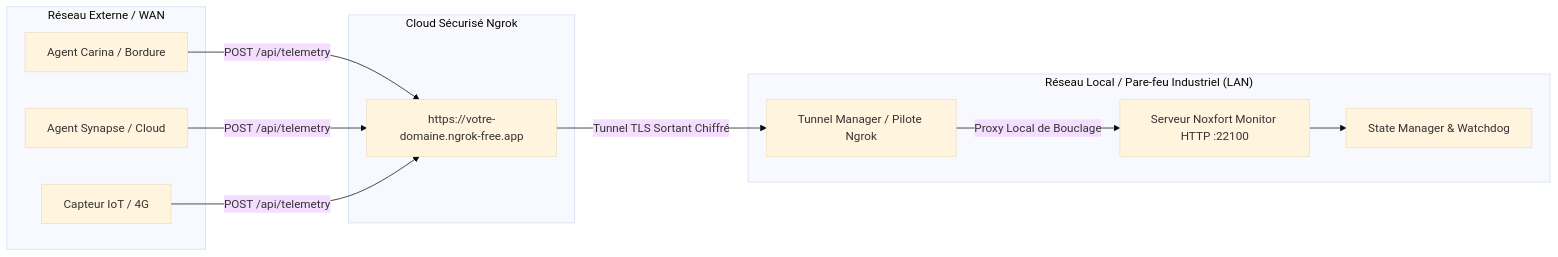
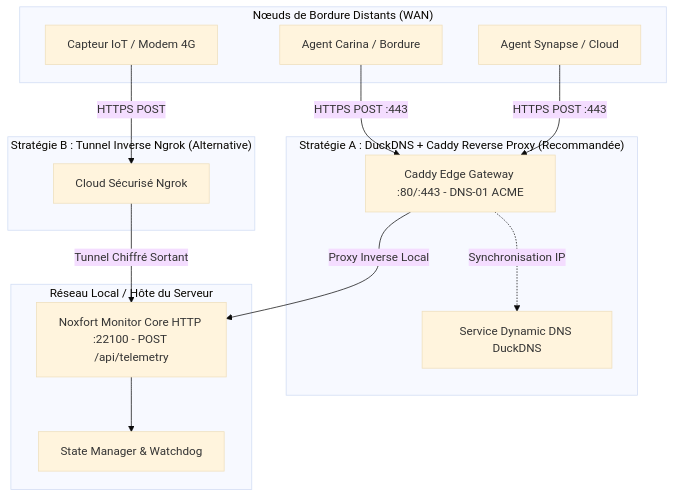
One commit to Noxfort-Systems-Brazil/MONITOR changed the diagram in docs/fr/remote_access.md. Above: the diagram before and after it, drawn with Mermaid (base theme). The commit also changed other lines of this file and 104 other files, not shown here.

````diff
--- a/docs/fr/remote_access.md
+++ b/docs/fr/remote_access.md
@@ -13,26 +13,31 @@
 ```mermaid
-graph LR
-    subgraph "Réseau Externe / WAN"
+graph TD
+    subgraph "Nœuds de Bordure Distants (WAN)"
         Carina[Agent Carina / Bordure]
         Synapse[Agent Synapse / Cloud]
-        Sensor[Capteur IoT / 4G]
+        Sensor[Capteur IoT / Modem 4G]
     end
 
-    subgraph "Cloud Sécurisé Ngrok"
-        EdgeURL[https://votre-domaine.ngrok-free.app]
+    subgraph "Stratégie A : DuckDNS + Caddy Reverse Proxy (Recommandée)"
+        DuckDNS[Service Dynamic DNS DuckDNS]
+        Caddy[Caddy Edge Gateway :80/:443 - DNS-01 ACME]
     end
 
-    subgraph "Réseau Local / Pare-feu Industriel (LAN)"
-        TunnelManager[Tunnel Manager / Pilote Ngrok]
-        MonitorServer[Serveur Noxfort Monitor HTTP :22100]
+    subgraph "Stratégie B : Tunnel Inverse Ngrok (Alternative)"
+        NgrokEdge[Cloud Sécurisé Ngrok]
+    end
+
+    subgraph "Réseau Local / Hôte du Serveur"
+        ExtHTTP[Noxfort Monitor Core HTTP :22100 - POST /api/telemetry]
         StateManager[State Manager & Watchdog]
     end
 
-    Carina -->|POST /api/telemetry| EdgeURL
-    Synapse -->|POST /api/telemetry| EdgeURL
-    Sensor -->|POST /api/telemetry| EdgeURL
+    Carina -->|HTTPS POST :443| Caddy
+    Synapse -->|HTTPS POST :443| Caddy
+    Sensor -->|HTTPS POST| NgrokEdge
 
-    EdgeURL -->|Tunnel TLS Sortant Chiffré| TunnelManager
-    TunnelManager -->|Proxy Local de Bouclage| MonitorServer
-    MonitorServer --> StateManager
+    Caddy -.->|Synchronisation IP| DuckDNS
+    Caddy -->|Proxy Inverse Local| ExtHTTP
+    NgrokEdge -->|Tunnel Chiffré Sortant| ExtHTTP
+    ExtHTTP --> StateManager
 ```
````
